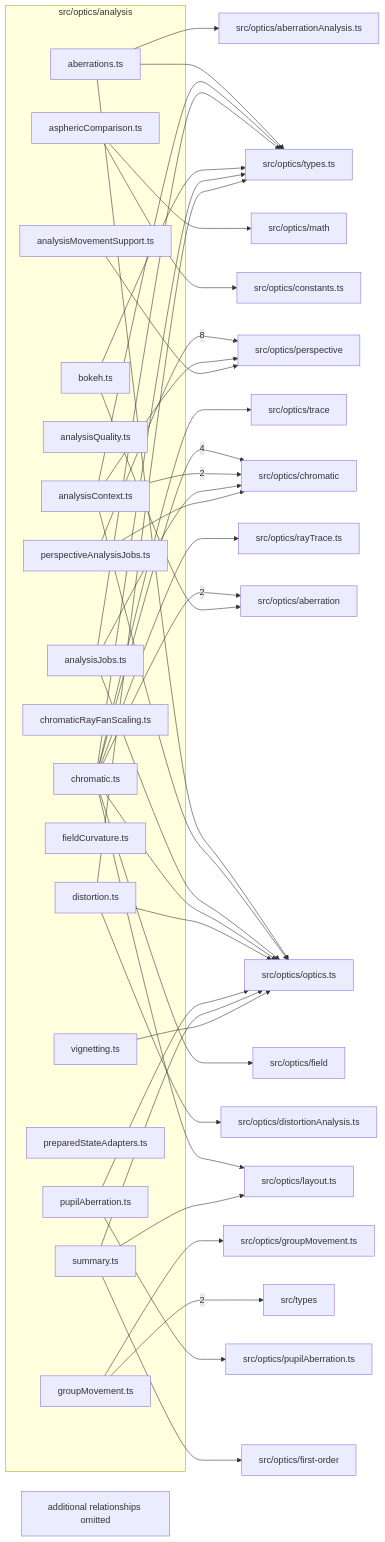
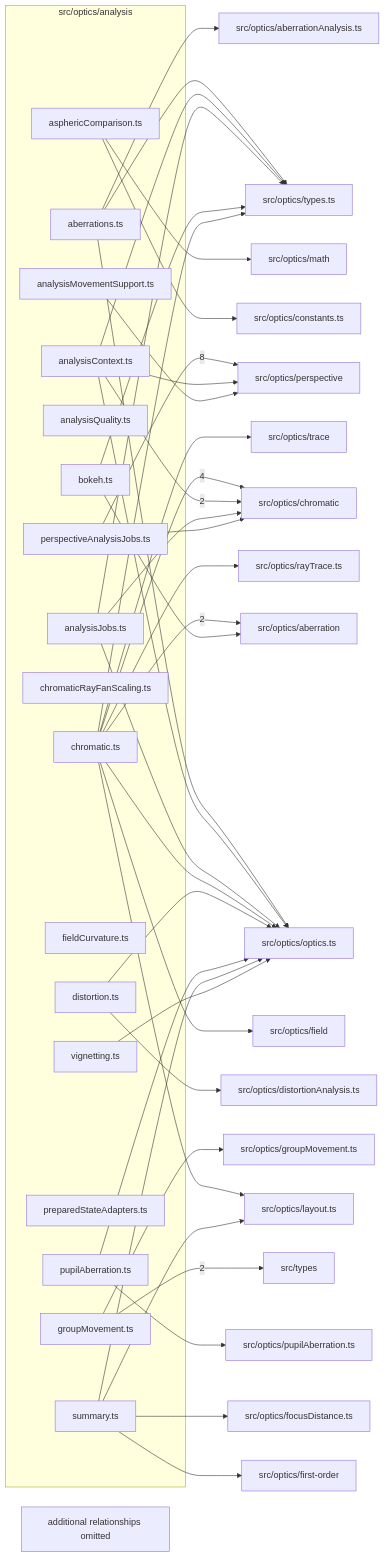
One commit to ronbuening/LensVisualizer changed the diagram in src/optics/analysis/readme.md. Above: the diagram before and after it, drawn with Mermaid. The commit also changed other lines of this file and 177 other files, not shown here.

First line of the commit message:
Audit the oldest 40 lens diagrams against patents (#704)

````diff
--- a/src/optics/analysis/readme.md
+++ b/src/optics/analysis/readme.md
@@ -9,76 +9,77 @@
 ```mermaid
 flowchart LR
   subgraph n_src_optics_analysis["src/optics/analysis"]
     n_src_optics_analysis_src_optics_analysis_aberrations_ts["aberrations.ts"]
     n_src_optics_analysis_src_optics_analysis_analysisContext_ts["analysisContext.ts"]
     n_src_optics_analysis_src_optics_analysis_analysisJobs_ts["analysisJobs.ts"]
     n_src_optics_analysis_src_optics_analysis_analysisMovementSupport_ts["analysisMovementSupport.ts"]
     n_src_optics_analysis_src_optics_analysis_analysisQuality_ts["analysisQuality.ts"]
     n_src_optics_analysis_src_optics_analysis_asphericComparison_ts["asphericComparison.ts"]
     n_src_optics_analysis_src_optics_analysis_bokeh_ts["bokeh.ts"]
     n_src_optics_analysis_src_optics_analysis_chromatic_ts["chromatic.ts"]
     n_src_optics_analysis_src_optics_analysis_chromaticRayFanScaling_ts["chromaticRayFanScaling.ts"]
     n_src_optics_analysis_src_optics_analysis_distortion_ts["distortion.ts"]
     n_src_optics_analysis_src_optics_analysis_fieldCurvature_ts["fieldCurvature.ts"]
     n_src_optics_analysis_src_optics_analysis_groupMovement_ts["groupMovement.ts"]
     n_src_optics_analysis_src_optics_analysis_perspectiveAnalysisJobs_ts["perspectiveAnalysisJobs.ts"]
     n_src_optics_analysis_src_optics_analysis_preparedStateAdapters_ts["preparedStateAdapters.ts"]
     n_src_optics_analysis_src_optics_analysis_pupilAberration_ts["pupilAberration.ts"]
     n_src_optics_analysis_src_optics_analysis_summary_ts["summary.ts"]
     n_src_optics_analysis_src_optics_analysis_vignetting_ts["vignetting.ts"]
   end
   n_external_src_optics_perspective["src/optics/perspective"]
   n_external_src_optics_chromatic["src/optics/chromatic"]
   n_external_src_optics_aberration["src/optics/aberration"]
   n_external_src_types["src/types"]
   n_external_src_optics_aberrationAnalysis_ts["src/optics/aberrationAnalysis.ts"]
   n_external_src_optics_constants_ts["src/optics/constants.ts"]
   n_external_src_optics_distortionAnalysis_ts["src/optics/distortionAnalysis.ts"]
   n_external_src_optics_field["src/optics/field"]
   n_external_src_optics_first_order["src/optics/first-order"]
+  n_external_src_optics_focusDistance_ts["src/optics/focusDistance.ts"]
   n_external_src_optics_groupMovement_ts["src/optics/groupMovement.ts"]
   n_external_src_optics_layout_ts["src/optics/layout.ts"]
   n_external_src_optics_math["src/optics/math"]
   n_external_src_optics_optics_ts["src/optics/optics.ts"]
   n_external_src_optics_pupilAberration_ts["src/optics/pupilAberration.ts"]
   n_external_src_optics_rayTrace_ts["src/optics/rayTrace.ts"]
   n_external_src_optics_trace["src/optics/trace"]
   n_external_src_optics_types_ts["src/optics/types.ts"]
   n_src_optics_analysis_src_optics_analysis_perspectiveAnalysisJobs_ts --> |8| n_external_src_optics_perspective
   n_src_optics_analysis_src_optics_analysis_chromatic_ts --> |4| n_external_src_optics_chromatic
   n_src_optics_analysis_src_optics_analysis_chromatic_ts --> |2| n_external_src_optics_aberration
   n_src_optics_analysis_src_optics_analysis_analysisContext_ts --> |2| n_external_src_optics_chromatic
   n_src_optics_analysis_src_optics_analysis_groupMovement_ts --> |2| n_external_src_types
   n_src_optics_analysis_src_optics_analysis_bokeh_ts --> n_external_src_optics_aberration
   n_src_optics_analysis_src_optics_analysis_aberrations_ts --> n_external_src_optics_aberrationAnalysis_ts
   n_src_optics_analysis_src_optics_analysis_analysisJobs_ts --> n_external_src_optics_chromatic
   n_src_optics_analysis_src_optics_analysis_perspectiveAnalysisJobs_ts --> n_external_src_optics_chromatic
   n_src_optics_analysis_src_optics_analysis_asphericComparison_ts --> n_external_src_optics_constants_ts
   n_src_optics_analysis_src_optics_analysis_distortion_ts --> n_external_src_optics_distortionAnalysis_ts
   n_src_optics_analysis_src_optics_analysis_chromatic_ts --> n_external_src_optics_field
   n_src_optics_analysis_src_optics_analysis_summary_ts --> n_external_src_optics_first_order
+  n_src_optics_analysis_src_optics_analysis_summary_ts --> n_external_src_optics_focusDistance_ts
   n_src_optics_analysis_src_optics_analysis_groupMovement_ts --> n_external_src_optics_groupMovement_ts
   n_src_optics_analysis_src_optics_analysis_chromatic_ts --> n_external_src_optics_layout_ts
   n_src_optics_analysis_src_optics_analysis_summary_ts --> n_external_src_optics_layout_ts
   n_src_optics_analysis_src_optics_analysis_asphericComparison_ts --> n_external_src_optics_math
   n_src_optics_analysis_src_optics_analysis_aberrations_ts --> n_external_src_optics_optics_ts
   n_src_optics_analysis_src_optics_analysis_analysisContext_ts --> n_external_src_optics_optics_ts
   n_src_optics_analysis_src_optics_analysis_analysisJobs_ts --> n_external_src_optics_optics_ts
   n_src_optics_analysis_src_optics_analysis_chromatic_ts --> n_external_src_optics_optics_ts
   n_src_optics_analysis_src_optics_analysis_distortion_ts --> n_external_src_optics_optics_ts
   n_src_optics_analysis_src_optics_analysis_pupilAberration_ts --> n_external_src_optics_optics_ts
   n_src_optics_analysis_src_optics_analysis_summary_ts --> n_external_src_optics_optics_ts
   n_src_optics_analysis_src_optics_analysis_vignetting_ts --> n_external_src_optics_optics_ts
   n_src_optics_analysis_src_optics_analysis_analysisContext_ts --> n_external_src_optics_perspective
   n_src_optics_analysis_src_optics_analysis_analysisMovementSupport_ts --> n_external_src_optics_perspective
   n_src_optics_analysis_src_optics_analysis_pupilAberration_ts --> n_external_src_optics_pupilAberration_ts
   n_src_optics_analysis_src_optics_analysis_chromatic_ts --> n_external_src_optics_rayTrace_ts
   n_src_optics_analysis_src_optics_analysis_chromatic_ts --> n_external_src_optics_trace
   n_src_optics_analysis_src_optics_analysis_aberrations_ts --> n_external_src_optics_types_ts
   n_src_optics_analysis_src_optics_analysis_analysisContext_ts --> n_external_src_optics_types_ts
   n_src_optics_analysis_src_optics_analysis_analysisJobs_ts --> n_external_src_optics_types_ts
   n_src_optics_analysis_src_optics_analysis_bokeh_ts --> n_external_src_optics_types_ts
   n_src_optics_analysis_src_optics_analysis_chromatic_ts --> n_external_src_optics_types_ts
-  n_src_optics_analysis_src_optics_analysis_distortion_ts --> n_external_src_optics_types_ts
   n_src_optics_analysis_truncated["additional relationships omitted"]
 ```
````
